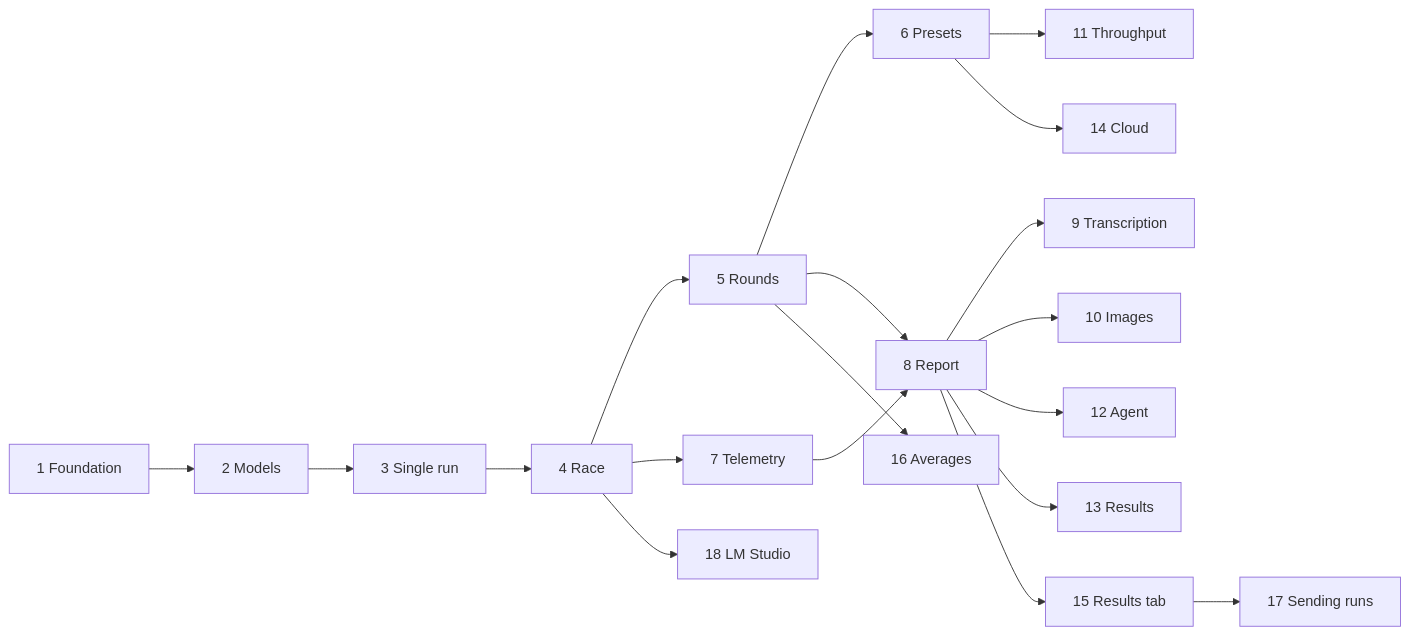
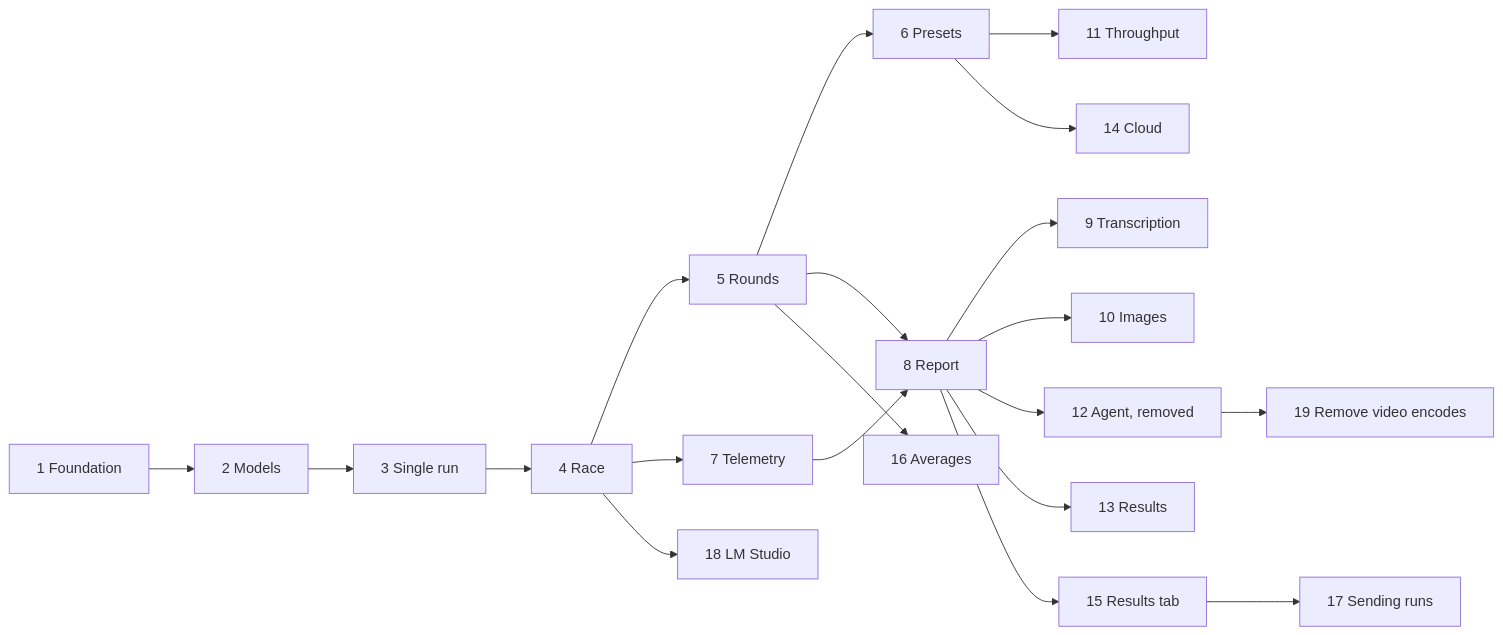
Before and after one commit to mnmohtasham/llm-head-to-head-benchmark: the diagram in ROADMAP.md, drawn with Mermaid. The commit also changed other lines of this file and 65 other files, not shown here.

````diff
--- a/ROADMAP.md
+++ b/ROADMAP.md
@@ -88,18 +89,19 @@
 ```mermaid
 flowchart LR
   P1[1 Foundation] --> P2[2 Models] --> P3[3 Single run] --> P4[4 Race]
   P4 --> P5[5 Rounds] --> P6[6 Presets]
   P4 --> P7[7 Telemetry]
   P5 --> P8[8 Report]
   P7 --> P8
   P8 --> P9[9 Transcription]
   P8 --> P10[10 Images]
   P6 --> P11[11 Throughput]
-  P8 --> P12[12 Agent]
+  P8 --> P12[12 Agent, removed]
   P8 --> P13[13 Results]
   P6 --> P14[14 Cloud]
   P8 --> P15[15 Results tab]
   P5 --> P16[16 Averages]
   P15 --> P17[17 Sending runs]
   P4 --> P18[18 LM Studio]
+  P12 --> P19[19 Remove video encodes]
 ```
````
